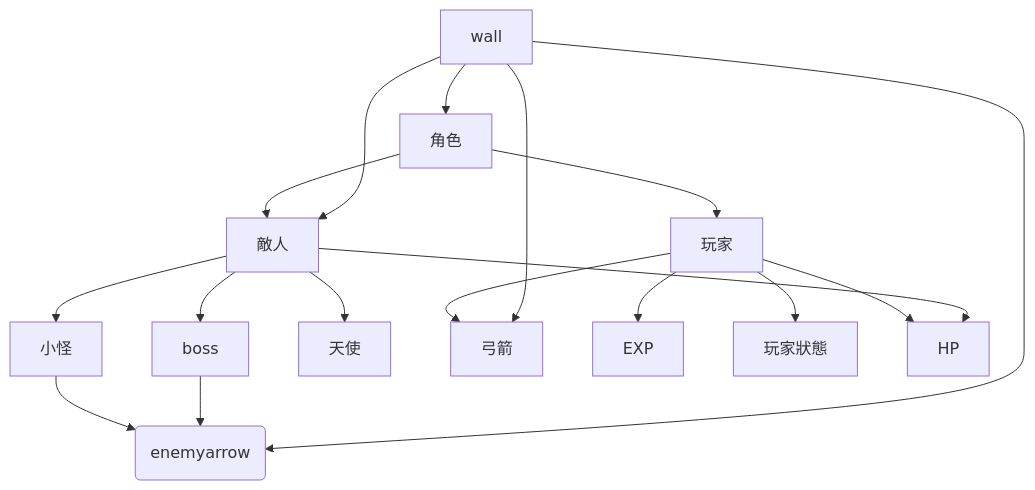
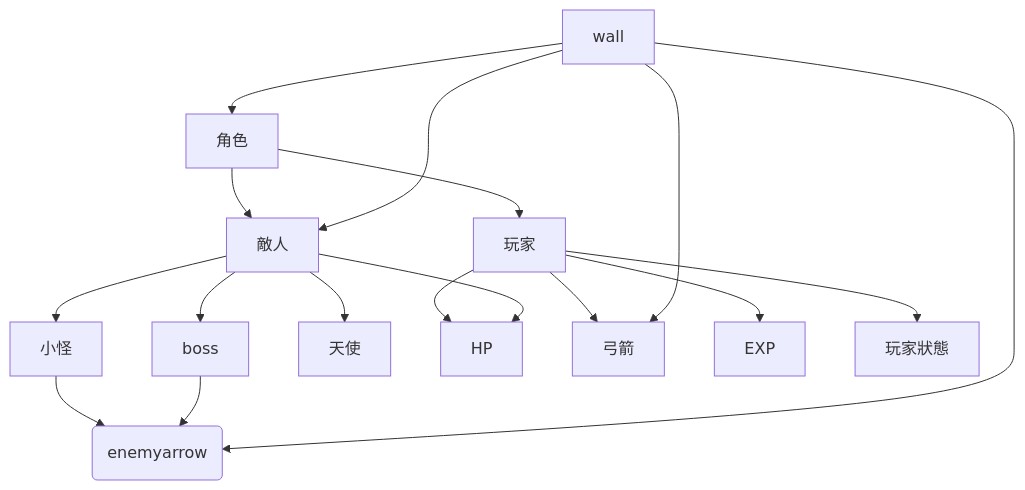
Before and after one commit to Du-Brandon/oop_game: the second of 2 diagrams in final_report/2025OOPL_Final.md, drawn with Mermaid. The commit also changed other lines of this file, not shown here.

````diff
--- a/final_report/2025OOPL_Final.md
+++ b/final_report/2025OOPL_Final.md
@@ -44,26 +44,26 @@
 ```mermaid
 graph TD
     角色 --> 玩家
     角色 --> 敵人
 
     敵人 --> 小怪
     敵人 --> boss
     敵人 --> 天使
 
+    玩家 --> HP
+    敵人 --> HP
+
     玩家 --> 弓箭
     小怪 --> 敵人弓箭(enemyarrow)
     boss --> 敵人弓箭(enemyarrow)
 
     玩家 --> EXP
     玩家 --> 玩家狀態
-
-    玩家 --> HP
-    敵人 --> HP
 
     wall --> 角色
     wall --> 弓箭
     wall --> 敵人
     wall --> 敵人弓箭(enemyarrow)
 
 
 ```
````
